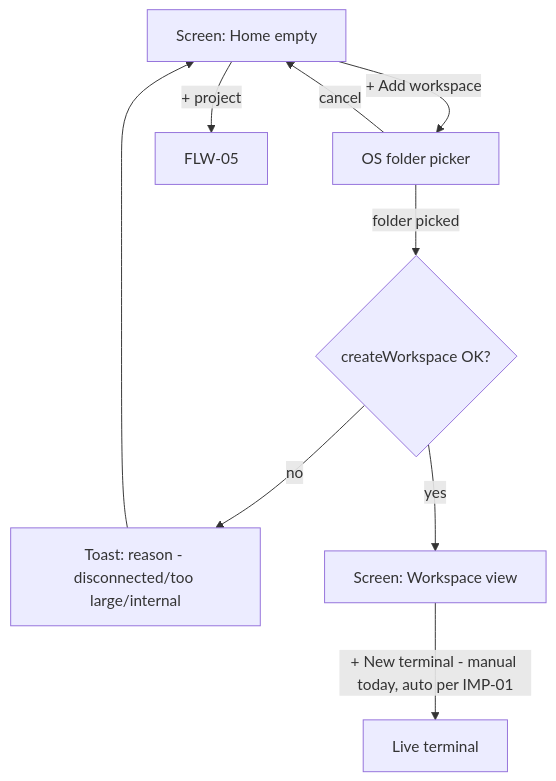
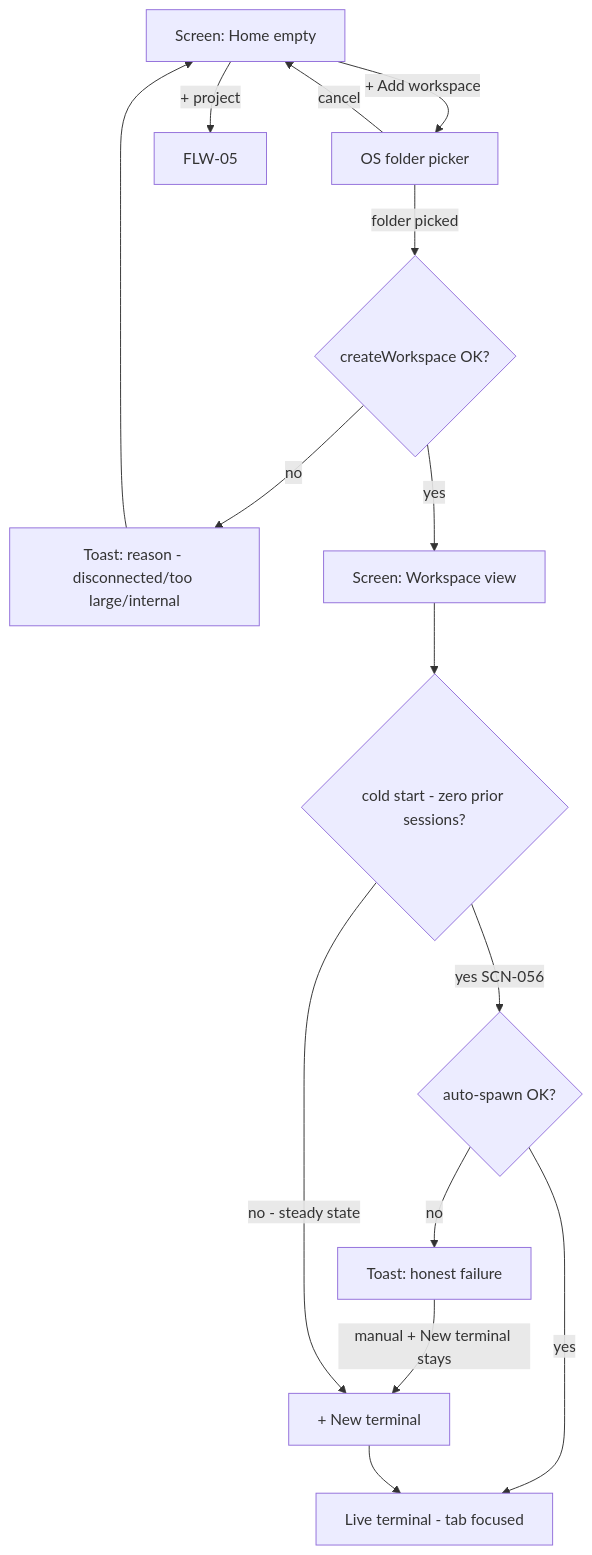
The first of 26 diagrams in docs/ux/flows.md (ssheleg/builder-pro-ai), drawn with Mermaid before and after one commit. The commit also changed other lines of this file and 5 other files, not shown here.

````diff
--- a/docs/ux/flows.md
+++ b/docs/ux/flows.md
@@ -20,11 +21,16 @@
 ```mermaid
 flowchart TD
   A[Screen: Home empty] -->|+ Add workspace| B[OS folder picker]
   A -->|+ project| P[FLW-05]
   B -->|cancel| A
   B -->|folder picked| C{createWorkspace OK?}
   C -->|no| C_err[Toast: reason - disconnected/too large/internal]
   C_err --> A
   C -->|yes| D[Screen: Workspace view]
-  D -->|+ New terminal - manual today, auto per IMP-01| E[Live terminal]
+  D --> F{cold start - zero prior sessions?}
+  F -->|yes SCN-056| AS{auto-spawn OK?}
+  AS -->|yes| E[Live terminal - tab focused]
+  AS -->|no| AS_err[Toast: honest failure] -->|manual + New terminal stays| M[+ New terminal]
+  F -->|no - steady state| M
+  M --> E
 ```
````
